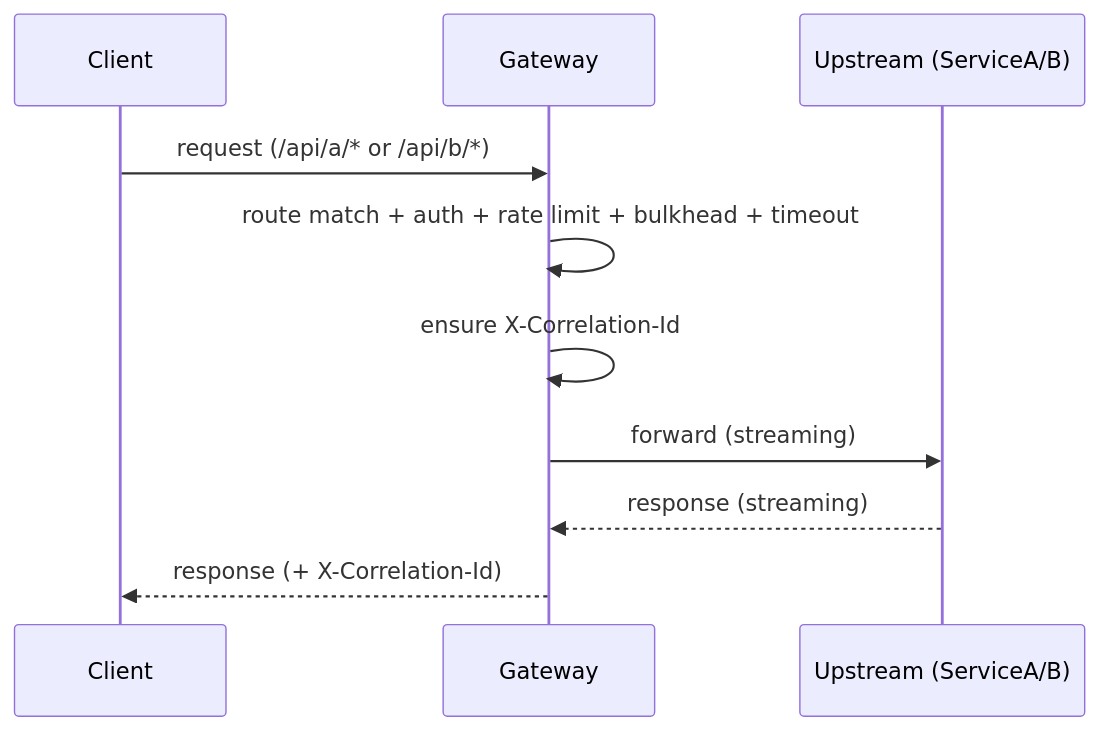
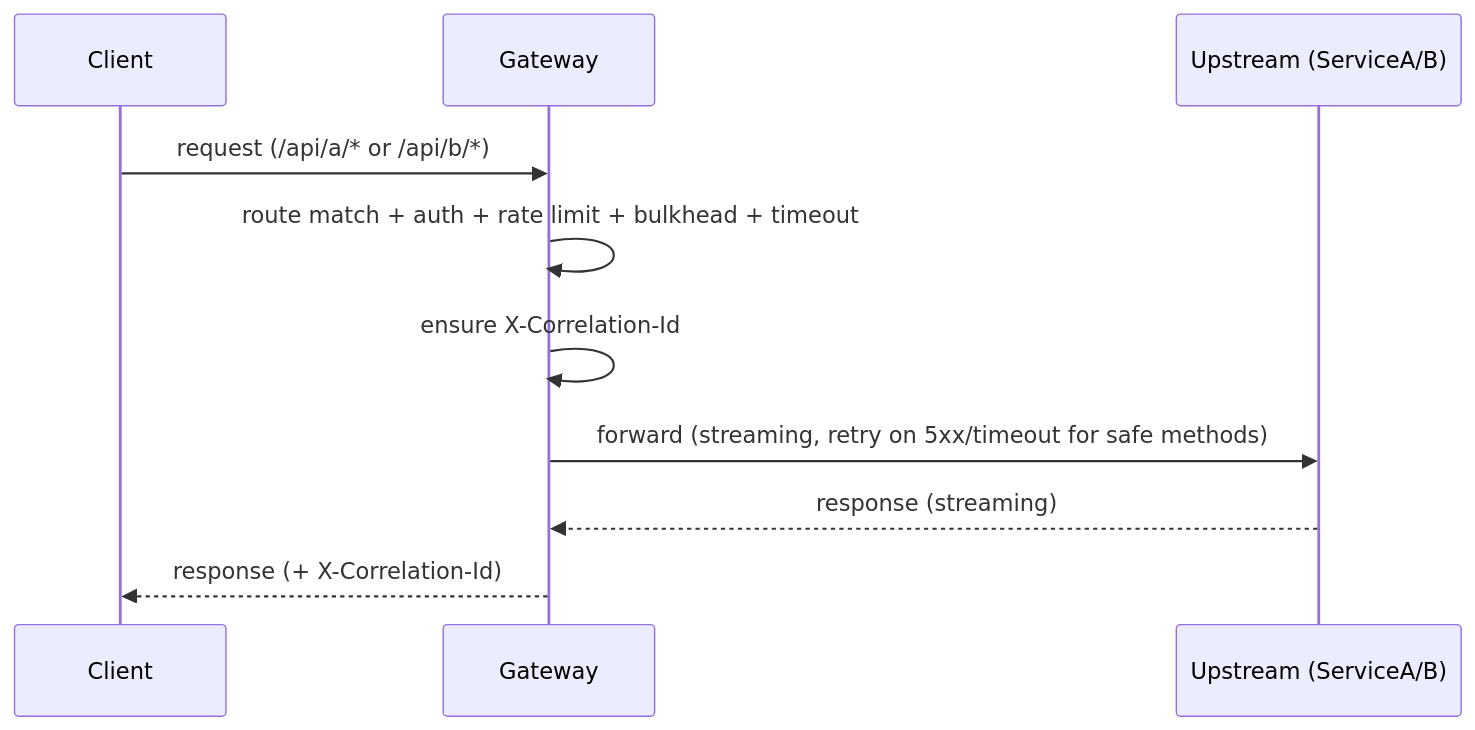
One commit to Am64r/mini-gateway changed the first of 3 diagrams in README.md. Above: the diagram before and after it, drawn with Mermaid. The commit also changed other lines of this file and 5 other files, not shown here.

Commit message:
added retries on safe methods for upstream failures including 5xx errors, timeouts, and connection failures.

````diff
--- a/README.md
+++ b/README.md
@@ -7,13 +7,13 @@
 ```mermaid
 sequenceDiagram
     participant C as Client
     participant G as Gateway
     participant U as Upstream (ServiceA/B)
 
     C->>G: request (/api/a/* or /api/b/*)
     G->>G: route match + auth + rate limit + bulkhead + timeout
     G->>G: ensure X-Correlation-Id
-    G->>U: forward (streaming)
+    G->>U: forward (streaming, retry on 5xx/timeout for safe methods)
     U-->>G: response (streaming)
     G-->>C: response (+ X-Correlation-Id)
 ```
````
